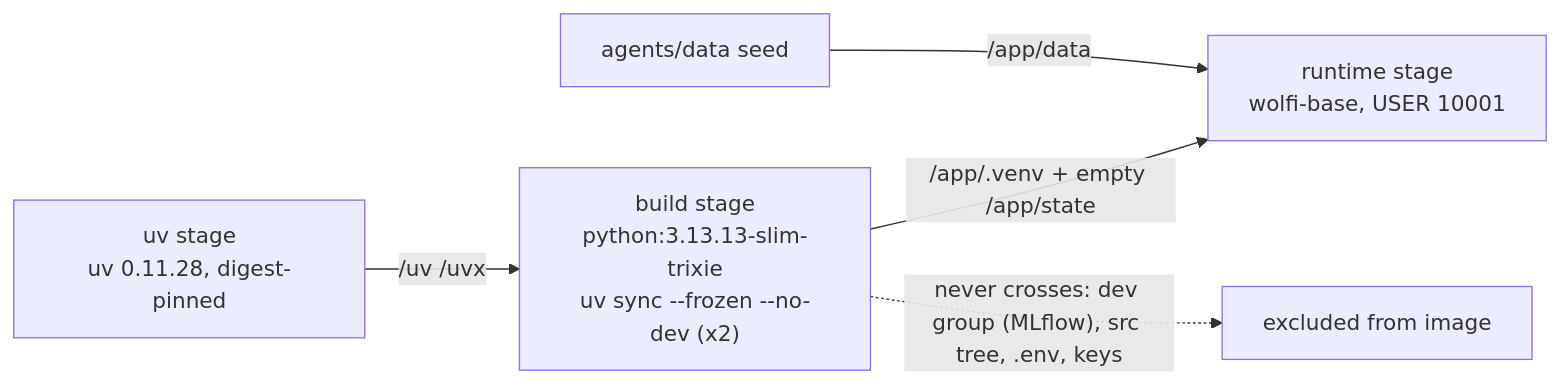
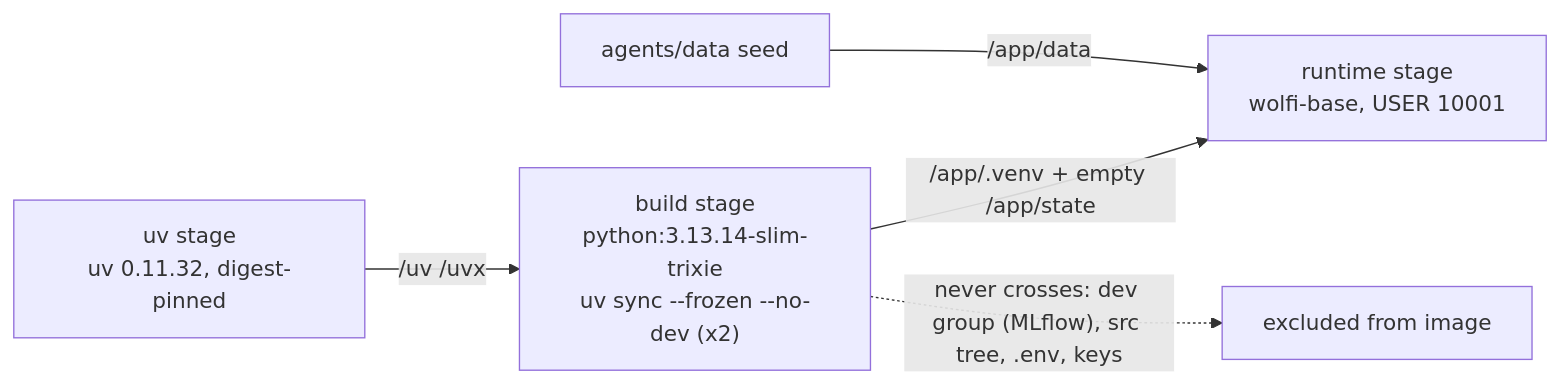
Before and after one commit to LuiGGi629/agentops-open-course: the second of 3 diagrams in docs/1. Setup/1.2. Containers.md, drawn with Mermaid. The commit also changed other lines of this file and 5 other files, not shown here.

````diff
--- a/docs/1. Setup/1.2. Containers.md
+++ b/docs/1. Setup/1.2. Containers.md
@@ -91,7 +91,7 @@
 ```mermaid
 flowchart LR
-    UV["uv stage<br/>uv 0.11.28, digest-pinned"] -->|"/uv /uvx"| Build["build stage<br/>python:3.13.13-slim-trixie<br/>uv sync --frozen --no-dev (x2)"]
+    UV["uv stage<br/>uv 0.11.32, digest-pinned"] -->|"/uv /uvx"| Build["build stage<br/>python:3.13.14-slim-trixie<br/>uv sync --frozen --no-dev (x2)"]
     Build -->|"/app/.venv + empty /app/state"| Runtime["runtime stage<br/>wolfi-base, USER 10001"]
     Data["agents/data seed"] -->|"/app/data"| Runtime
     Build -.->|"never crosses: dev group (MLflow), src tree, .env, keys"| Drop["excluded from image"]
 ```
````
